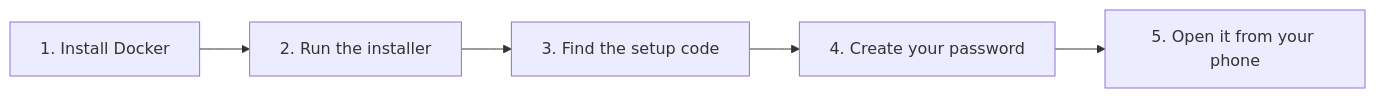
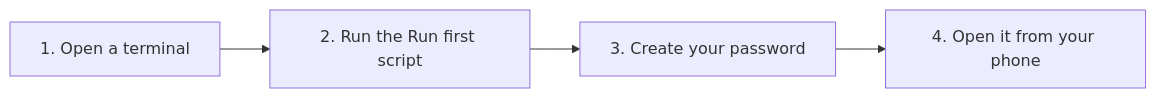
The diagram in docs/help/guides/install-on-a-linux-computer.md (TheMightyTRex/starboard), drawn with Mermaid before and after one commit. The commit also changed other lines of this file and 121 other files, not shown here.

````diff
--- a/docs/help/guides/install-on-a-linux-computer.md
+++ b/docs/help/guides/install-on-a-linux-computer.md
@@ -31,7 +28,6 @@
 ```mermaid
 flowchart LR
-    A["1. Install Docker"] --> B["2. Run the installer"]
-    B --> C["3. Find the setup code"]
-    C --> D["4. Create your password"]
-    D --> E["5. Open it from your phone"]
+    A["1. Open a terminal"] --> B["2. Run the Run first script"]
+    B --> C["3. Create your password"]
+    C --> D["4. Open it from your phone"]
 ```
````
